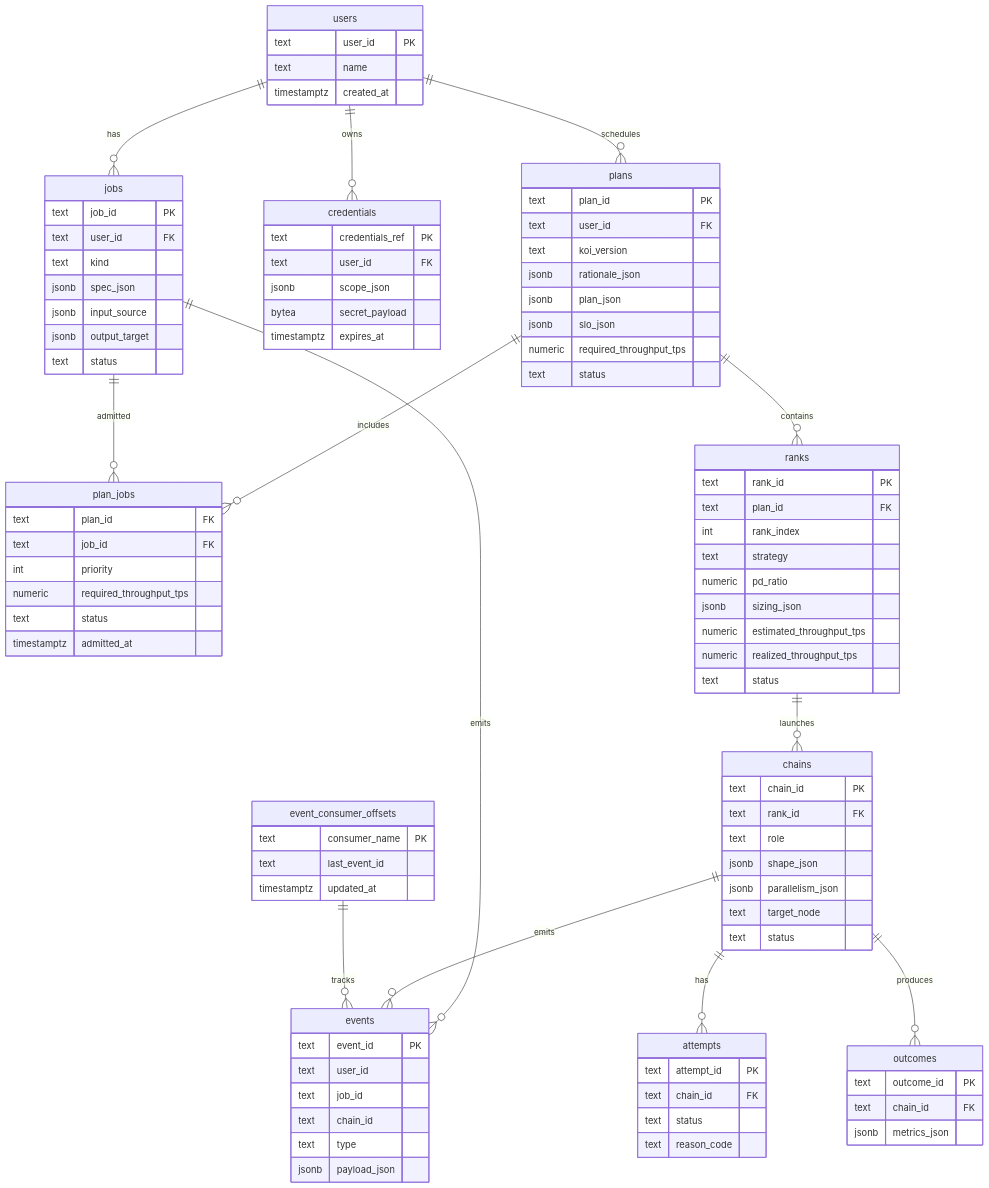
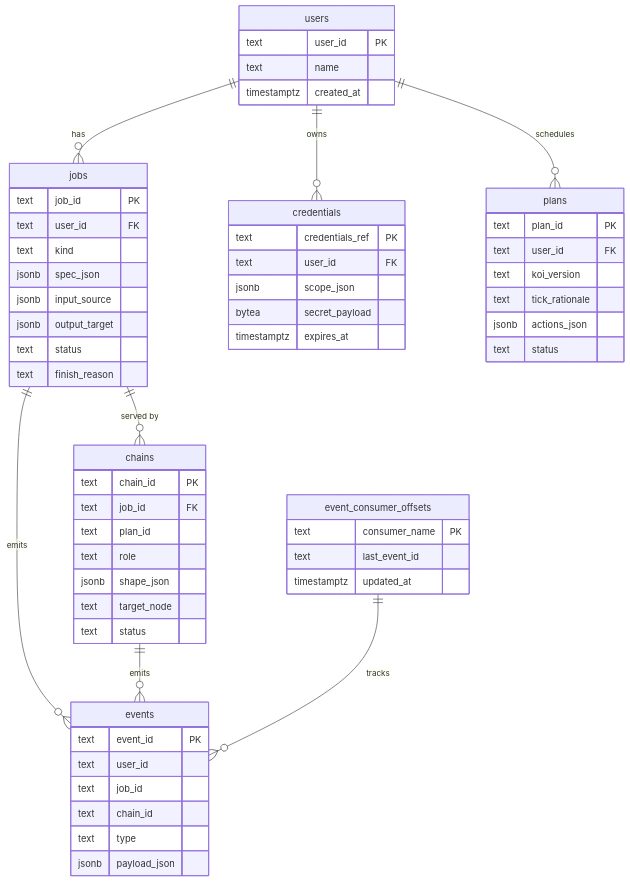
The second of 5 diagrams in DATA_ARCHITECTURE.md (Tandemn-Labs/tandemn-store), drawn with Mermaid before and after one commit. The commit also changed other lines of this file and 31 other files, not shown here.

First line of the commit message:
schema: minimal MVP spine — 4 job statuses, action plans, no traversal

```diff
--- a/DATA_ARCHITECTURE.md
+++ b/DATA_ARCHITECTURE.md
@@ -122,12 +119,7 @@
     users ||--o{ jobs : has
     users ||--o{ credentials : owns
     users ||--o{ plans : schedules
-    plans ||--o{ plan_jobs : includes
-    jobs ||--o{ plan_jobs : admitted
-    plans ||--o{ ranks : contains
-    ranks ||--o{ chains : launches
-    chains ||--o{ attempts : has
-    chains ||--o{ outcomes : produces
+    jobs ||--o{ chains : "served by"
     jobs ||--o{ events : emits
     chains ||--o{ events : emits
     event_consumer_offsets ||--o{ events : tracks
@@ -145,55 +137,24 @@
       jsonb input_source
       jsonb output_target
       text status
+      text finish_reason
     }
     plans {
       text plan_id PK
       text user_id FK
       text koi_version
-      jsonb rationale_json
-      jsonb plan_json
-      jsonb slo_json
-      numeric required_throughput_tps
-      text status
-    }
-    plan_jobs {
-      text plan_id FK
-      text job_id FK
-      int priority
-      numeric required_throughput_tps
-      text status
-      timestamptz admitted_at
-    }
-    ranks {
-      text rank_id PK
-      text plan_id FK
-      int rank_index
-      text strategy
-      numeric pd_ratio
-      jsonb sizing_json
-      numeric estimated_throughput_tps
-      numeric realized_throughput_tps
+      text tick_rationale
+      jsonb actions_json
       text status
     }
     chains {
       text chain_id PK
-      text rank_id FK
+      text job_id FK
+      text plan_id
       text role
       jsonb shape_json
-      jsonb parallelism_json
       text target_node
       text status
-    }
-    attempts {
-      text attempt_id PK
-      text chain_id FK
-      text status
-      text reason_code
-    }
-    outcomes {
-      text outcome_id PK
-      text chain_id FK
-      jsonb metrics_json
     }
     events {
       text event_id PK
```
